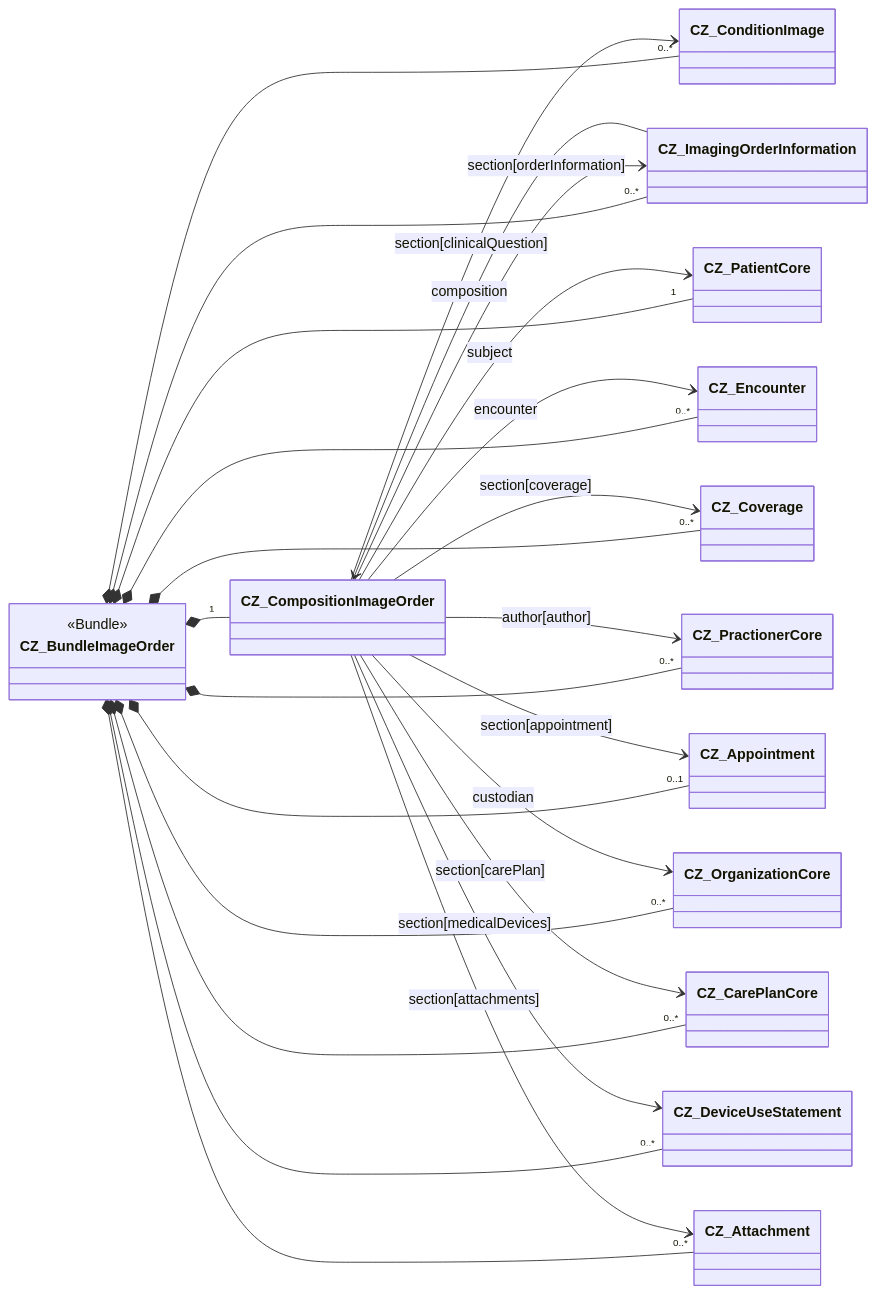
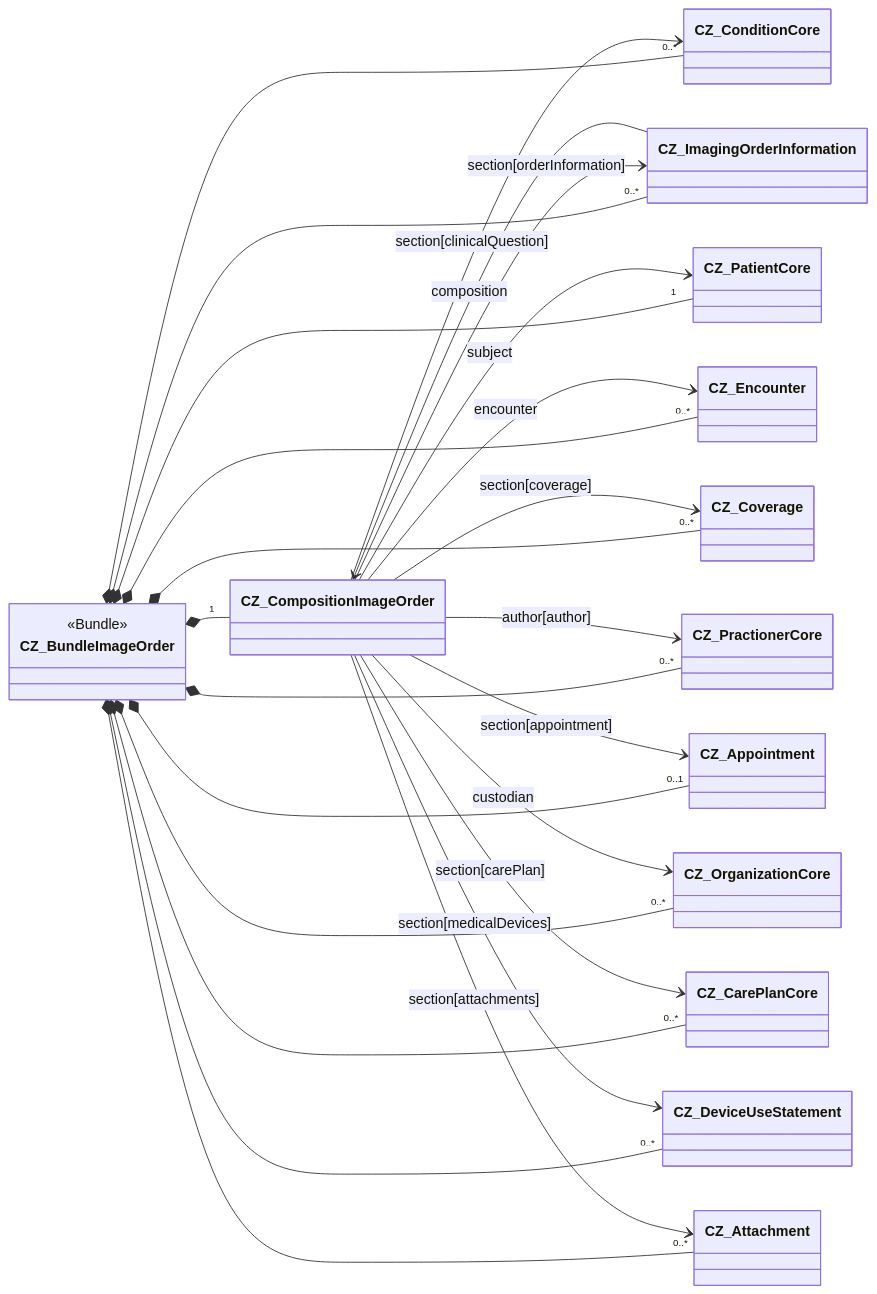
Before and after one commit to HL7-cz/img-order: the diagram in input/pagecontent/implementation-notes.md, drawn with Mermaid. The commit also changed 3 other files, not shown here.

````diff
--- a/input/pagecontent/implementation-notes.md
+++ b/input/pagecontent/implementation-notes.md
@@ -6,34 +6,34 @@
 ```mermaid
 classDiagram
   direction LR
   class CZ_BundleImageOrder{
     <<Bundle>>
   }
   CZ_BundleImageOrder *-- "1" CZ_CompositionImageOrder
   CZ_BundleImageOrder *-- "1" CZ_PatientCore
   CZ_BundleImageOrder *-- "0..*" CZ_ImagingOrderInformation
-  CZ_BundleImageOrder *-- "0..*" CZ_ConditionImage
+  CZ_BundleImageOrder *-- "0..*" CZ_ConditionCore
   CZ_BundleImageOrder *-- "0..*" CZ_Coverage
   CZ_BundleImageOrder *-- "0..*" CZ_Encounter
   CZ_BundleImageOrder *-- "0..1" CZ_Appointment
   CZ_BundleImageOrder *-- "0..*" CZ_CarePlanCore
   CZ_BundleImageOrder *-- "0..*" CZ_PractionerCore
   CZ_BundleImageOrder *-- "0..*" CZ_OrganizationCore
   CZ_BundleImageOrder *-- "0..*" CZ_DeviceUseStatement
   CZ_BundleImageOrder *-- "0..*" CZ_Attachment
 
   CZ_ImagingOrderInformation --> CZ_CompositionImageOrder: composition
   
   CZ_CompositionImageOrder --> CZ_ImagingOrderInformation: section[orderInformation]
-  CZ_CompositionImageOrder --> CZ_ConditionImage: section[clinicalQuestion]
+  CZ_CompositionImageOrder --> CZ_ConditionCore: section[clinicalQuestion]
   CZ_CompositionImageOrder --> CZ_PractionerCore: author[author]
   CZ_CompositionImageOrder --> CZ_Encounter: encounter
   CZ_CompositionImageOrder --> CZ_OrganizationCore: custodian
   CZ_CompositionImageOrder --> CZ_PatientCore: subject
   CZ_CompositionImageOrder --> CZ_Coverage: section[coverage]
   CZ_CompositionImageOrder --> CZ_Appointment: section[appointment]
   CZ_CompositionImageOrder --> CZ_CarePlanCore: section[carePlan]
   CZ_CompositionImageOrder --> CZ_DeviceUseStatement: section[medicalDevices]
   CZ_CompositionImageOrder --> CZ_Attachment: section[attachments]
 
 ```
````
